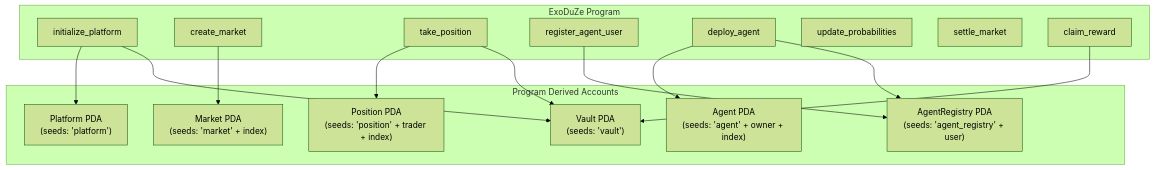
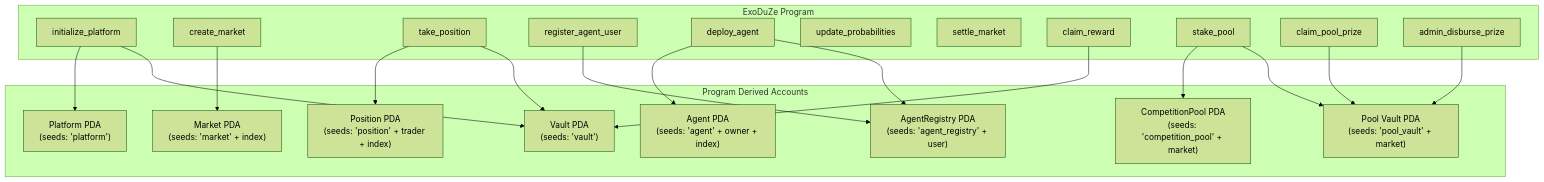
Before and after one commit to siabang35/anchor-solana: the diagram in documentation/Smart-Contract-Architecture.md, drawn with Mermaid (forest theme). The commit also changed other lines of this file and 21 other files, not shown here.

````diff
--- a/documentation/Smart-Contract-Architecture.md
+++ b/documentation/Smart-Contract-Architecture.md
@@ -27,32 +27,41 @@
 ```mermaid
 graph TB
     subgraph Program["ExoDuZe Program"]
         Init["initialize_platform"]
         CreateMkt["create_market"]
         TakePos["take_position"]
         RegAgent["register_agent_user"]
         DeployAg["deploy_agent"]
         UpdateP["update_probabilities"]
         Settle["settle_market"]
         Claim["claim_reward"]
+        StakePool["stake_pool"]
+        ClaimPool["claim_pool_prize"]
+        AdminDisburse["admin_disburse_prize"]
     end
 
     subgraph PDAs["Program Derived Accounts"]
         Platform["Platform PDA<br/>(seeds: 'platform')"]
         Market["Market PDA<br/>(seeds: 'market' + index)"]
         Position["Position PDA<br/>(seeds: 'position' + trader + index)"]
         Agent["Agent PDA<br/>(seeds: 'agent' + owner + index)"]
         Registry["AgentRegistry PDA<br/>(seeds: 'agent_registry' + user)"]
         Vault["Vault PDA<br/>(seeds: 'vault')"]
+        PoolPDA["CompetitionPool PDA<br/>(seeds: 'competition_pool' + market)"]
+        PoolVault["Pool Vault PDA<br/>(seeds: 'pool_vault' + market)"]
     end
 
     Init --> Platform
     Init --> Vault
     CreateMkt --> Market
     TakePos --> Position
     TakePos --> Vault
     RegAgent --> Registry
     DeployAg --> Agent
     DeployAg --> Registry
     Claim --> Vault
+    StakePool --> PoolPDA
+    StakePool --> PoolVault
+    ClaimPool --> PoolVault
+    AdminDisburse --> PoolVault
 ```
````
